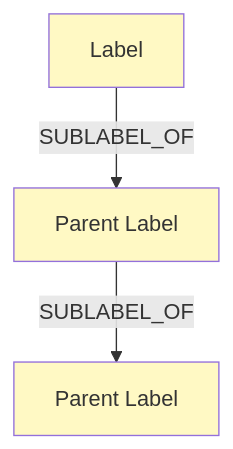
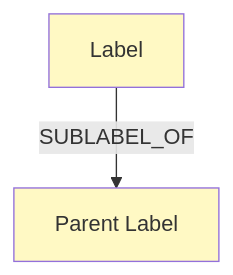
One commit to SimplicityGuy/discogsography changed the third of 6 diagrams in docs/database-schema.md. Above: the diagram before and after it, drawn with Mermaid. The commit also changed other lines of this file and 38 other files, not shown here.

````diff
--- a/docs/database-schema.md
+++ b/docs/database-schema.md
@@ -305,9 +289,7 @@
 ```mermaid
 graph TD
     L1[Label] -->|SUBLABEL_OF| L2[Parent Label]
-    L2 -->|SUBLABEL_OF| L3[Parent Label]
 
     style L1 fill:#fff9c4
     style L2 fill:#fff9c4
-    style L3 fill:#fff9c4
 ```
````
